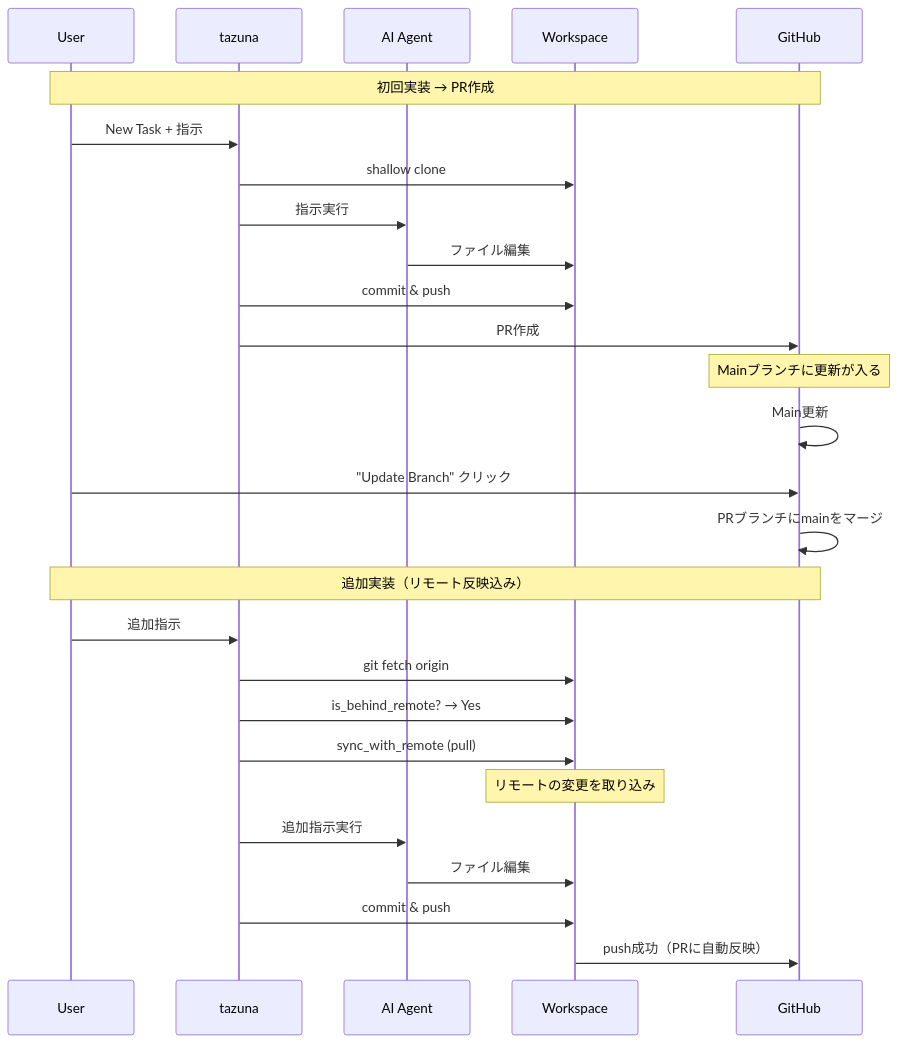
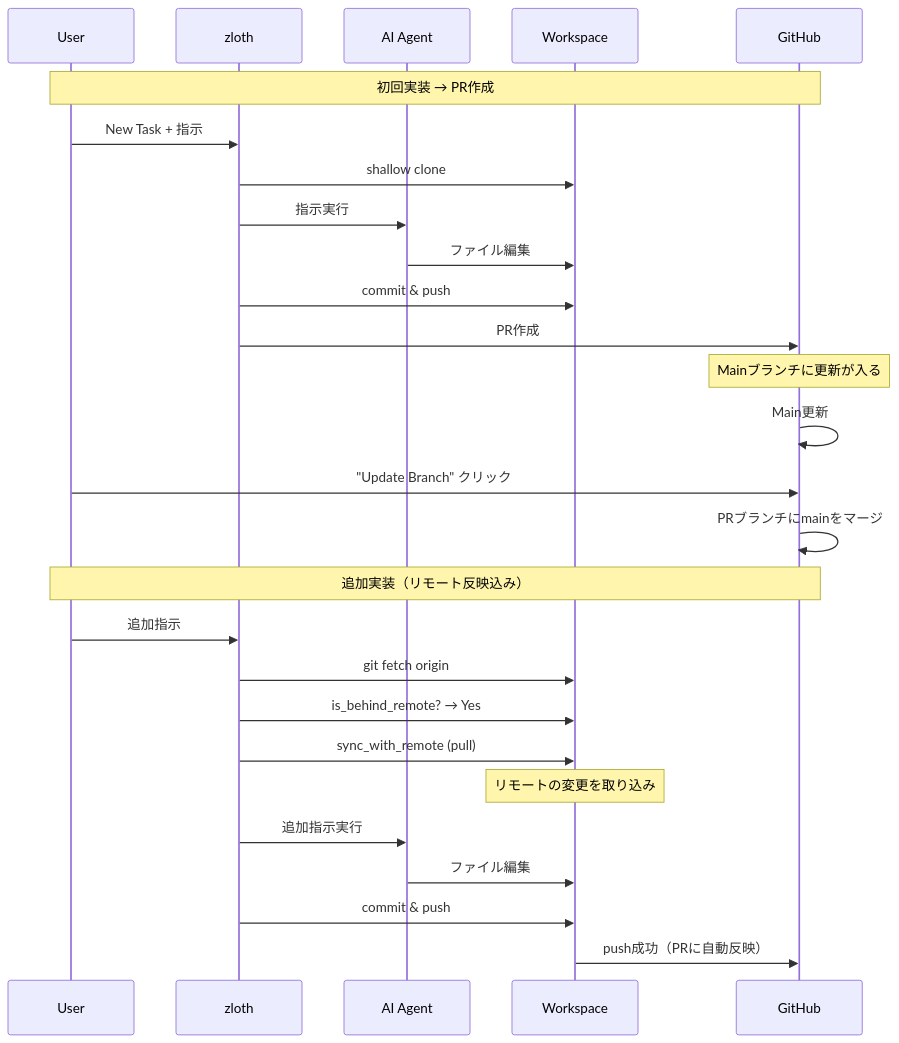
Before and after one commit to hampen2929/zloth: the second of 7 diagrams in docs/worktree_workflow_diagram.md, drawn with Mermaid. The commit also changed other lines of this file and 175 other files, not shown here.

````diff
--- a/docs/worktree_workflow_diagram.md
+++ b/docs/worktree_workflow_diagram.md
@@ -73,32 +73,32 @@
 ```mermaid
 sequenceDiagram
     participant U as User
-    participant T as tazuna
+    participant T as zloth
     participant AI as AI Agent
     participant W as Workspace
     participant GH as GitHub
 
     Note over U,GH: 初回実装 → PR作成
     U->>T: New Task + 指示
     T->>W: shallow clone
     T->>AI: 指示実行
     AI->>W: ファイル編集
     T->>W: commit & push
     T->>GH: PR作成
 
     Note over GH: Mainブランチに更新が入る
     GH->>GH: Main更新
     U->>GH: "Update Branch" クリック
     GH->>GH: PRブランチにmainをマージ
 
     Note over U,GH: 追加実装（リモート反映込み）
     U->>T: 追加指示
     T->>W: git fetch origin
     T->>W: is_behind_remote? → Yes
     T->>W: sync_with_remote (pull)
     Note over W: リモートの変更を取り込み
     T->>AI: 追加指示実行
     AI->>W: ファイル編集
     T->>W: commit & push
     W->>GH: push成功（PRに自動反映）
 ```
````
